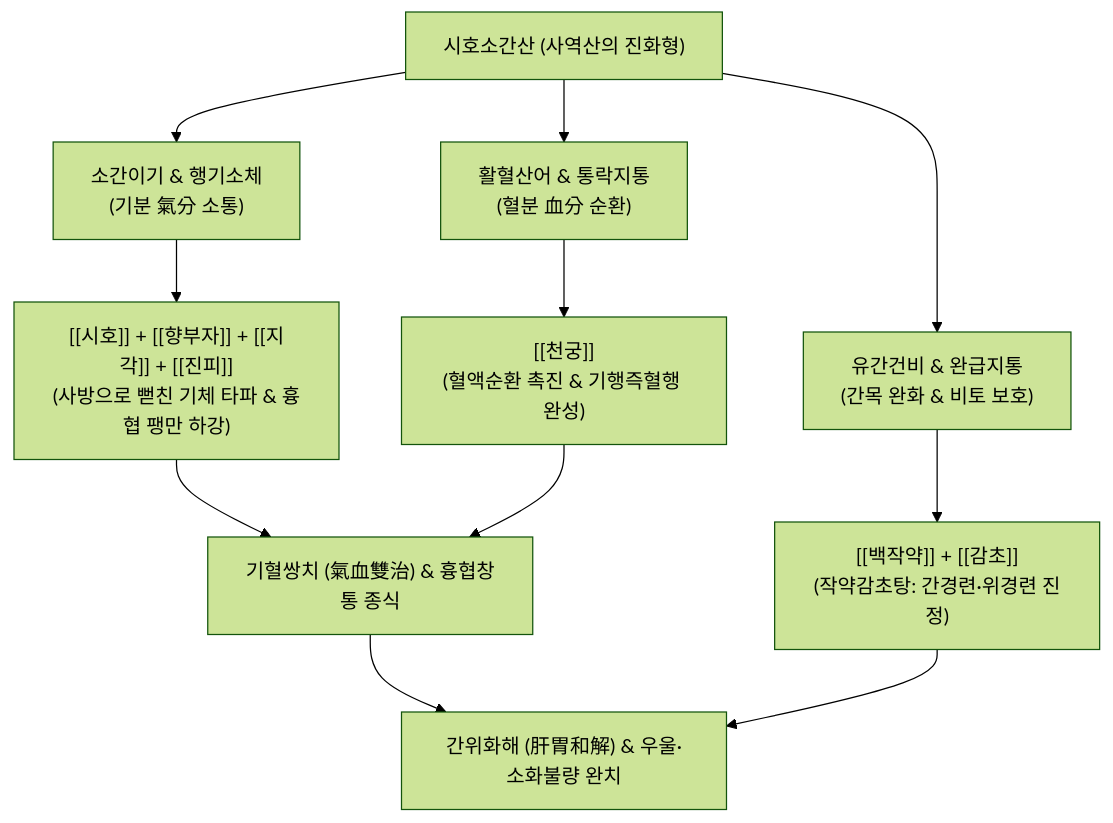
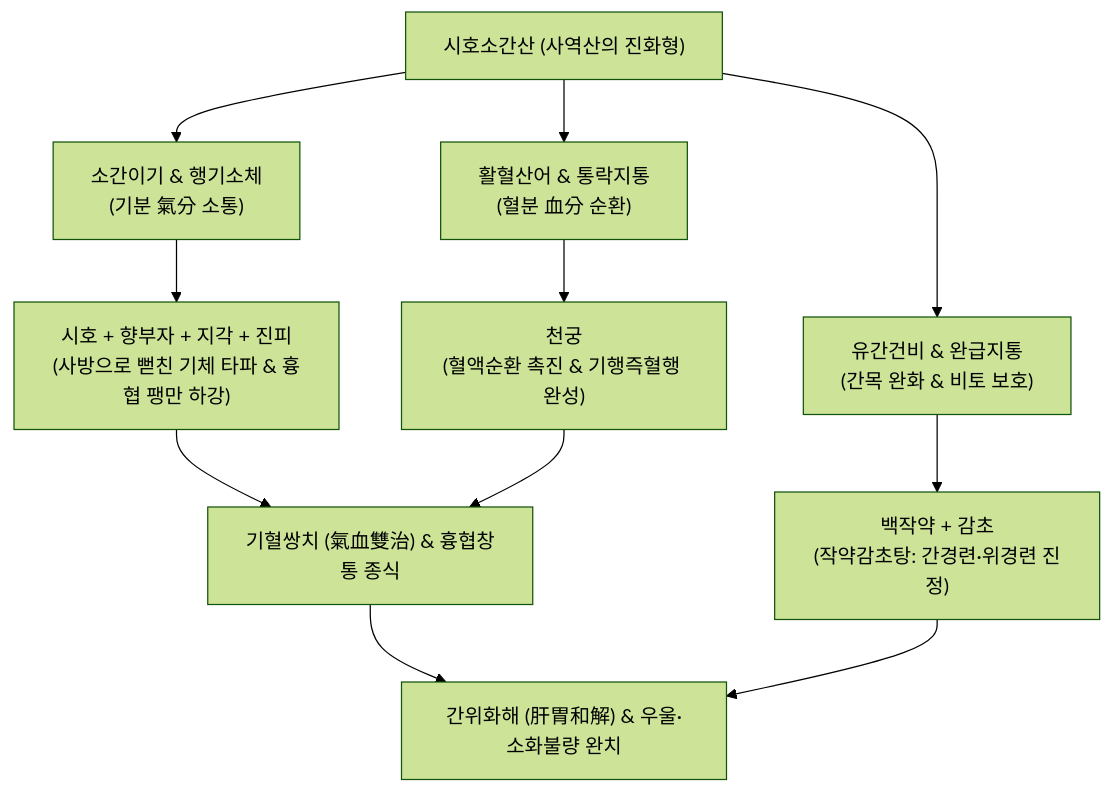
One commit to simbio11/simbio-digital-garden2 changed the diagram in content/2. 약리 공부/처방/04_이기·화해제/시호소간산.md. Above: the diagram before and after it, drawn with Mermaid (forest theme). The commit also changed other lines of this file and 122 other files, not shown here.

````diff
--- a/content/2. 약리 공부/처방/04_이기·화해제/시호소간산.md
+++ b/content/2. 약리 공부/처방/04_이기·화해제/시호소간산.md
@@ -64,13 +64,13 @@
 ```mermaid
 graph TD
     A["시호소간산 (사역산의 진화형)"] --> B["소간이기 & 행기소체<br/>(기분 氣分 소통)"]
     A --> C["활혈산어 & 통락지통<br/>(혈분 血分 순환)"]
     A --> D["유간건비 & 완급지통<br/>(간목 완화 & 비토 보호)"]
 
-    B --> B1["[[시호]] + [[향부자]] + [[지각]] + [[진피]]<br/>(사방으로 뻗친 기체 타파 & 흉협 팽만 하강)"]
-    C --> C1["[[천궁]]<br/>(혈액순환 촉진 & 기행즉혈행 완성)"]
-    D --> D1["[[백작약]] + [[감초]]<br/>(작약감초탕: 간경련·위경련 진정)"]
+    B --> B1["시호 + 향부자 + 지각 + 진피<br/>(사방으로 뻗친 기체 타파 & 흉협 팽만 하강)"]
+    C --> C1["천궁<br/>(혈액순환 촉진 & 기행즉혈행 완성)"]
+    D --> D1["백작약 + 감초<br/>(작약감초탕: 간경련·위경련 진정)"]
 
     B1 & C1 --> BC["기혈쌍치 (氣血雙治) & 흉협창통 종식"]
     BC & D1 --> AD["간위화해 (肝胃和解) & 우울·소화불량 완치"]
 ```
````
